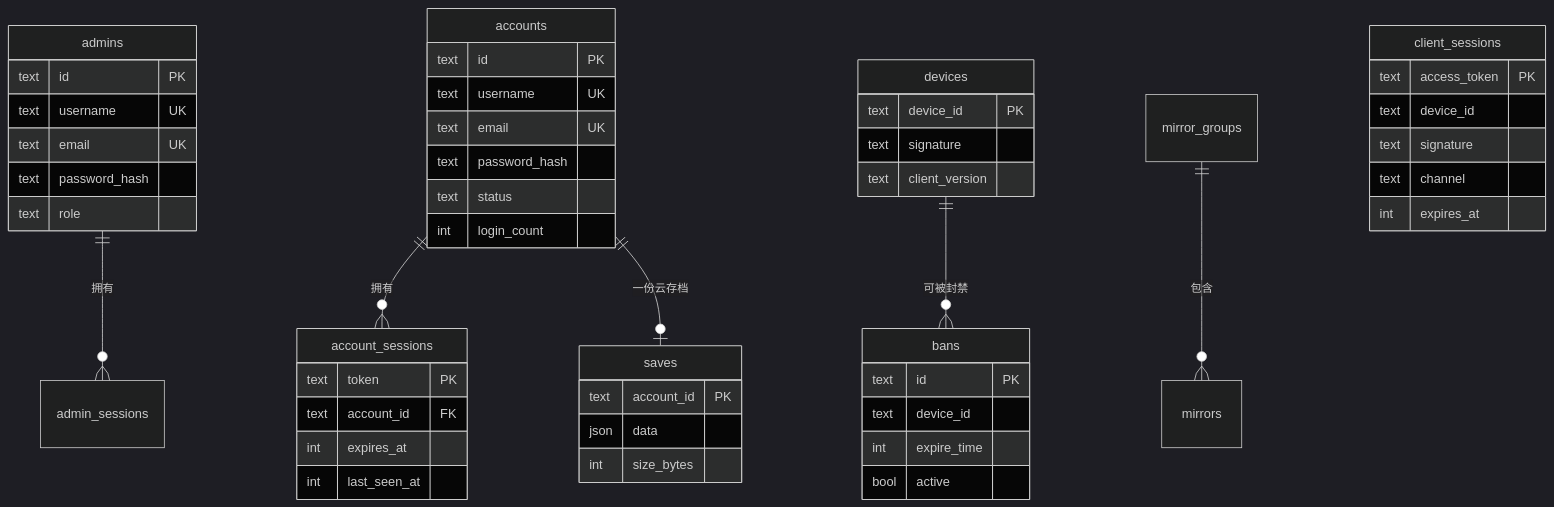
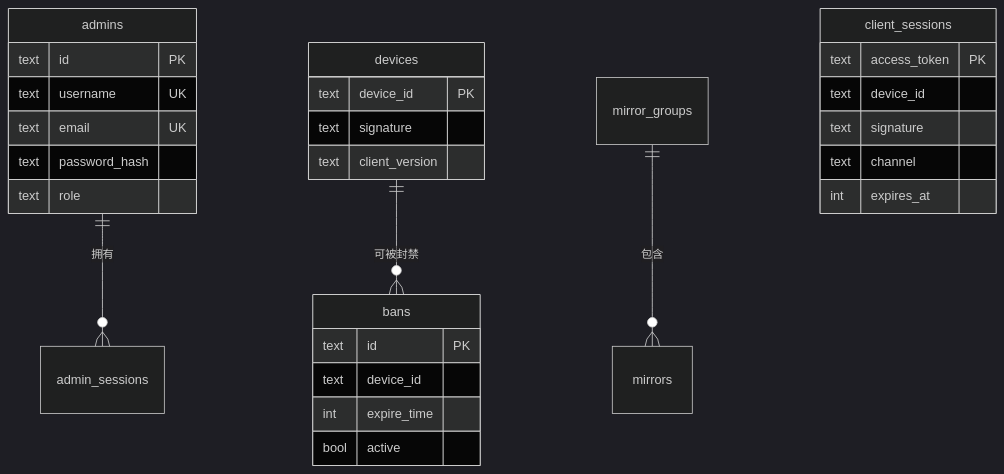
Before and after one commit to MagirecoCN-Revival-Project/magireco-cnv-docs: the diagram in server/data-model.md, drawn with Mermaid (dark theme). The commit also changed other lines of this file and 6 other files, not shown here.

````diff
--- a/server/data-model.md
+++ b/server/data-model.md
@@ -7,53 +18,32 @@
 ```mermaid
 erDiagram
     admins ||--o{ admin_sessions : "拥有"
-    accounts ||--o{ account_sessions : "拥有"
-    accounts ||--o| saves : "一份云存档"
     devices ||--o{ bans : "可被封禁"
     mirror_groups ||--o{ mirrors : "包含"
 
     admins {
         text id PK
         text username UK
         text email UK
         text password_hash
         text role
     }
-    accounts {
-        text id PK
-        text username UK
-        text email UK
-        text password_hash
-        text status
-        int  login_count
-    }
-    account_sessions {
-        text token PK
-        text account_id FK
-        int  expires_at
-        int  last_seen_at
-    }
     client_sessions {
         text access_token PK
         text device_id
         text signature
         text channel
         int  expires_at
-    }
-    saves {
-        text account_id PK
-        json data
-        int  size_bytes
     }
     devices {
         text device_id PK
         text signature
         text client_version
     }
     bans {
         text id PK
         text device_id
         int  expire_time
         bool active
     }
 ```
````
